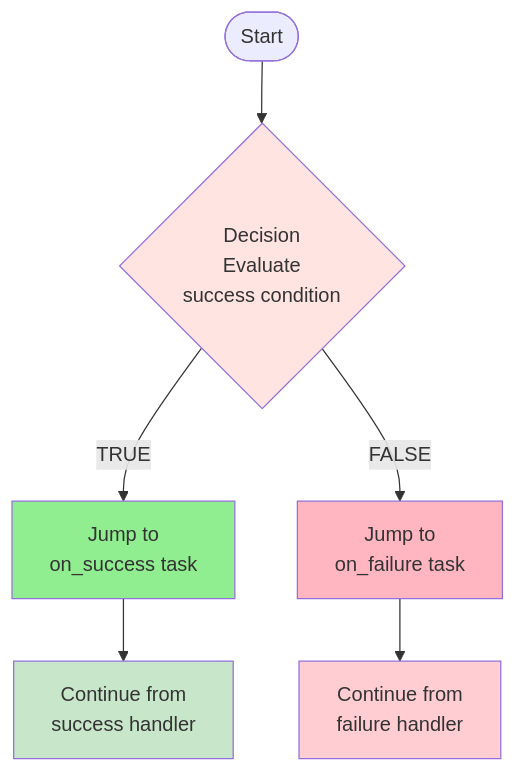
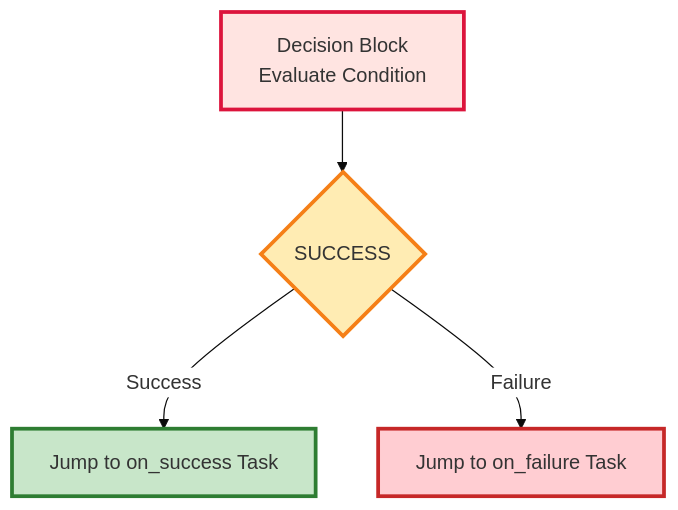
Before and after one commit to bastelbude1/Tasker: the seventh of 20 diagrams in TaskER_FlowChart.md, drawn with Mermaid. The commit also changed other lines of this file, not shown here.

First line of the commit message:
docs: Optimize color scheme for TaskER_FlowChart.md visual clarity

````diff
--- a/TaskER_FlowChart.md
+++ b/TaskER_FlowChart.md
@@ -340,19 +326,12 @@
 ```mermaid
-graph TB
-    %% Decision Block with explicit routing
-    Start([Start]) --> D{Decision<br/>Evaluate<br/>success condition}
+%%{init: {'theme':'base', 'themeVariables': {'primaryColor':'#ffffff'}}}%%
+flowchart TD
+    A[Decision Block<br/>Evaluate Condition] --> B{SUCCESS}
+    B -->|Success| C[Jump to on_success Task]
+    B -->|Failure| D[Jump to on_failure Task]
 
-    %% Explicit routing paths
-    D -->|TRUE| OS[Jump to<br/>on_success task]
-    D -->|FALSE| OF[Jump to<br/>on_failure task]
-
-    OS --> Success[Continue from<br/>success handler]
-    OF --> Failure[Continue from<br/>failure handler]
-
-    %% Style
-    style D fill:#FFE4E1
-    style OS fill:#90EE90
-    style OF fill:#FFB6C1
-    style Success fill:#C8E6C9
-    style Failure fill:#FFCDD2
+    style A fill:#FFE4E1,stroke:#DC143C,stroke-width:3px
+    style B fill:#ffecb3,stroke:#f57f17,stroke-width:3px
+    style C fill:#c8e6c9,stroke:#2e7d32,stroke-width:3px
+    style D fill:#ffcdd2,stroke:#c62828,stroke-width:3px
 ```
````
